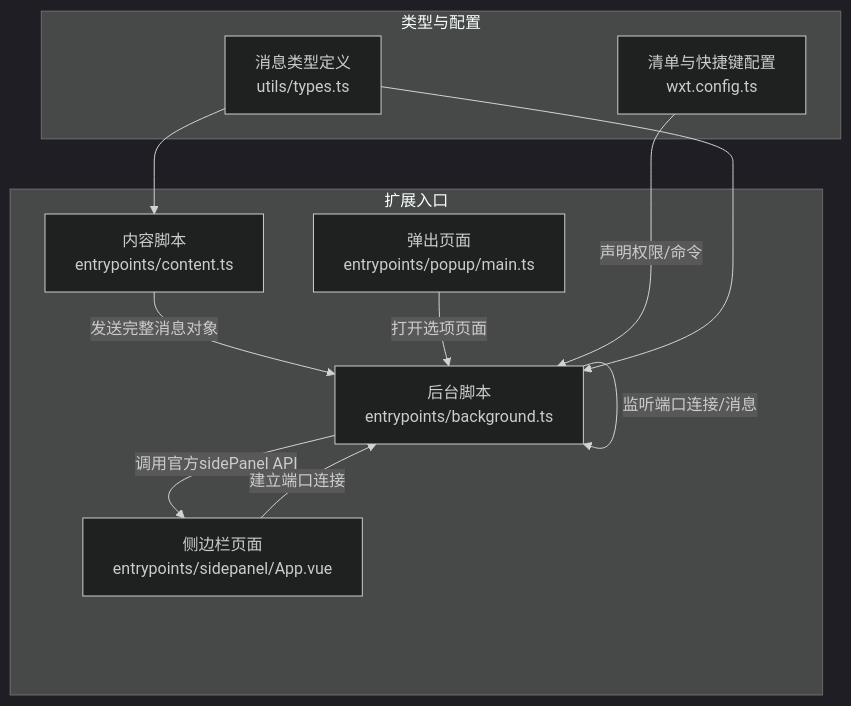
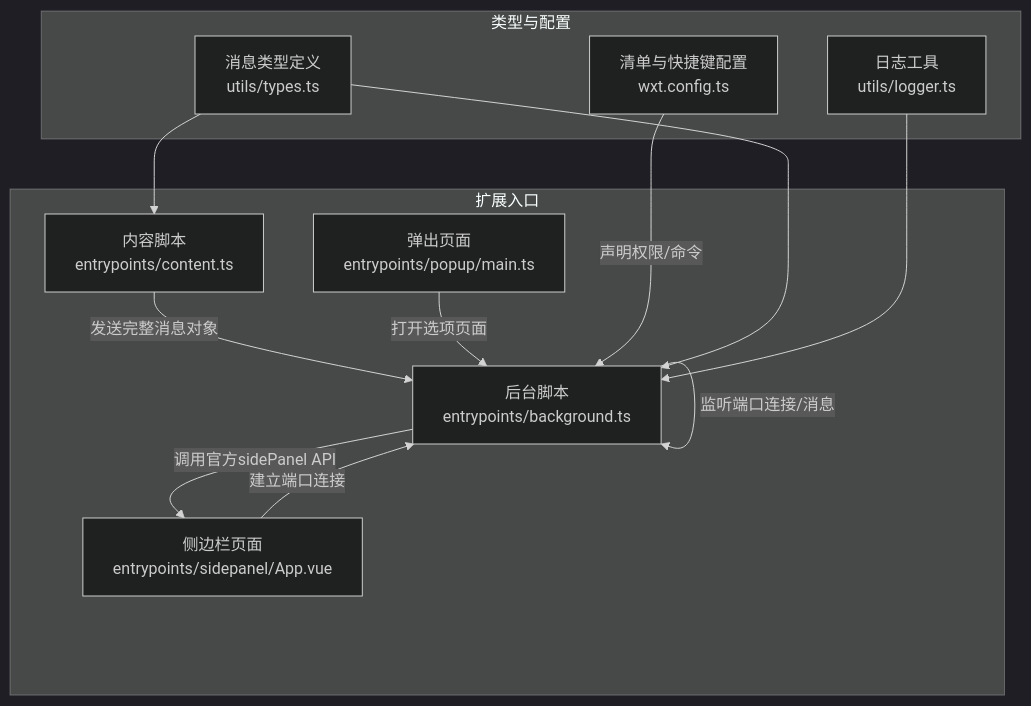
Before and after one commit to liaolongdong/account-password-helper: the first of 14 diagrams in .qoder/repowiki/zh/content/扩展入口点/Background Script.md, drawn with Mermaid (dark theme). The commit also changed other lines of this file and 7 other files, not shown here.

````diff
--- a/.qoder/repowiki/zh/content/扩展入口点/Background Script.md
+++ b/.qoder/repowiki/zh/content/扩展入口点/Background Script.md
@@ -57,21 +55,23 @@
 ```mermaid
 graph TB
 subgraph "扩展入口"
 BG["后台脚本<br/>entrypoints/background.ts"]
 CS["内容脚本<br/>entrypoints/content.ts"]
 SP["侧边栏页面<br/>entrypoints/sidepanel/App.vue"]
 POP["弹出页面<br/>entrypoints/popup/main.ts"]
 end
 subgraph "类型与配置"
 TYPES["消息类型定义<br/>utils/types.ts"]
+LOGGER["日志工具<br/>utils/logger.ts"]
 CFG["清单与快捷键配置<br/>wxt.config.ts"]
 end
 BG --> |"监听端口连接/消息"| BG
 CS --> |"发送完整消息对象"| BG
 BG --> |"调用官方sidePanel API"| SP
 POP --> |"打开选项页面"| BG
 CFG --> |"声明权限/命令"| BG
 TYPES --> BG
 TYPES --> CS
 SP --> |"建立端口连接"| BG
+LOGGER --> BG
 ```
````
